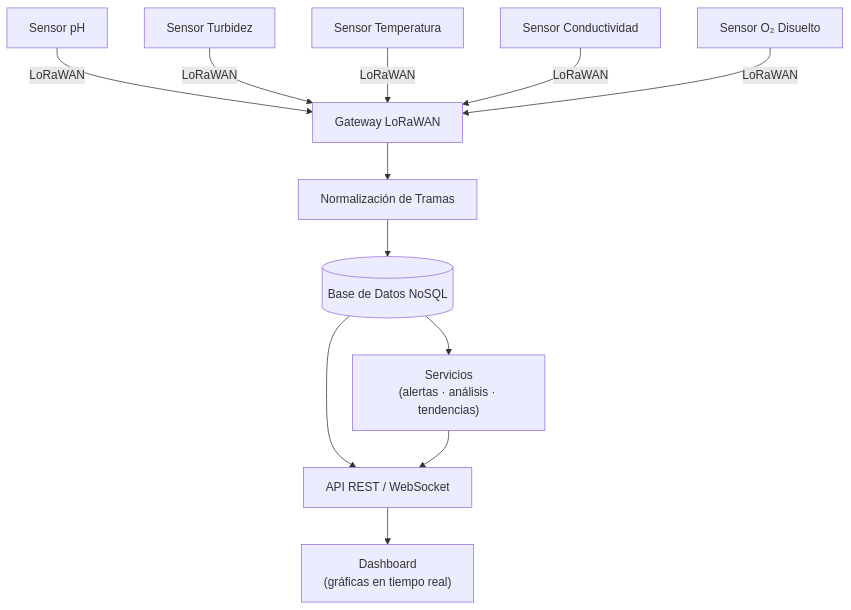
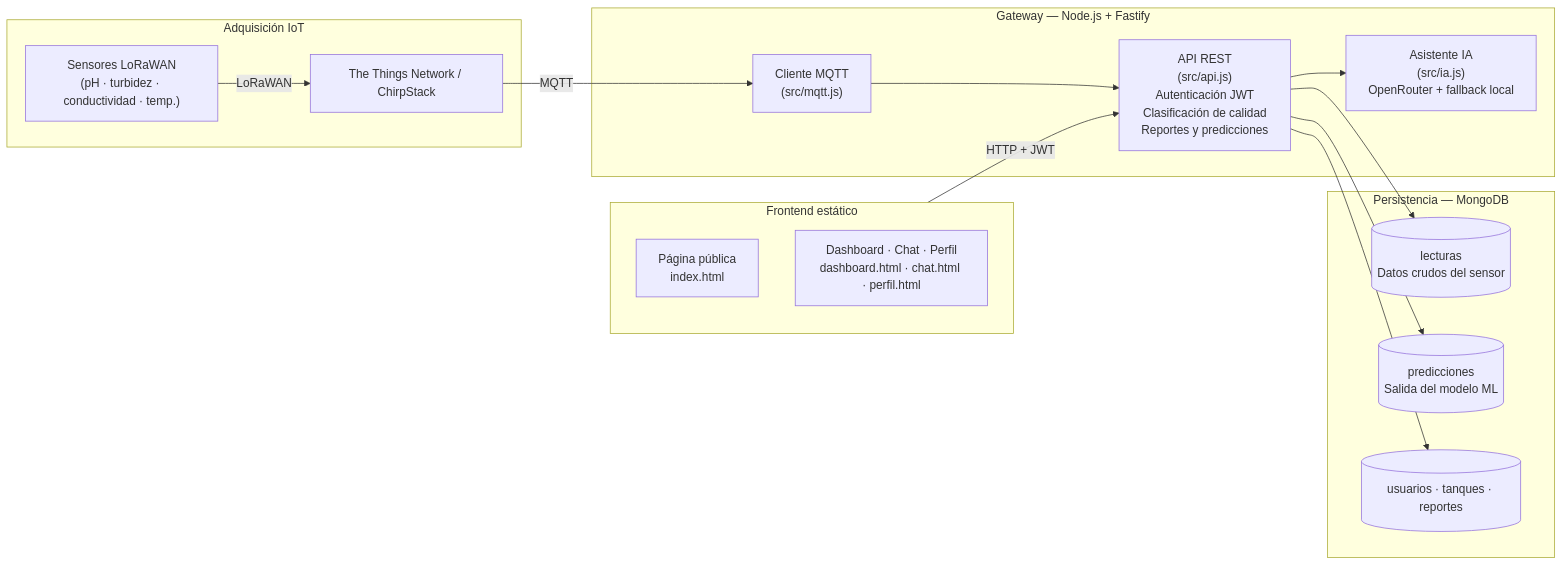
One commit to FreyderPD07/waterQualitySensors changed the diagram in README.md. Above: the diagram before and after it, drawn with Mermaid. The commit also changed other lines of this file, not shown here.

````diff
--- a/README.md
+++ b/README.md
@@ -143,23 +44,37 @@
 ```mermaid
-flowchart TD
-    S1["Sensor pH"]
-    S2["Sensor Turbidez"]
-    S3["Sensor Temperatura"]
-    S4["Sensor Conductividad"]
-    S5["Sensor O₂ Disuelto"]
+flowchart LR
+    subgraph SENSORES["Adquisición IoT"]
+        S1["Sensores LoRaWAN\n(pH · turbidez · conductividad · temp.)"]
+        TTN["The Things Network / ChirpStack"]
+    end
 
-    GW["Gateway LoRaWAN"]
-    NORM["Normalización de Tramas"]
-    DB[("Base de Datos NoSQL")]
-    SVC["Servicios\n(alertas · análisis · tendencias)"]
-    API["API REST / WebSocket"]
-    DASH["Dashboard\n(gráficas en tiempo real)"]
+    subgraph GATEWAY["Gateway — Node.js + Fastify"]
+        MQTT["Cliente MQTT\n(src/mqtt.js)"]
+        API["API REST\n(src/api.js)
+        Autenticación JWT
+        Clasificación de calidad
+        Reportes y predicciones"]
+        IA["Asistente IA\n(src/ia.js)
+        OpenRouter + fallback local"]
+    end
 
-    S1 & S2 & S3 & S4 & S5 -->|LoRaWAN| GW
-    GW --> NORM
-    NORM --> DB
-    DB --> SVC
-    DB --> API
-    SVC --> API
-    API --> DASH
+    subgraph DATOS["Persistencia — MongoDB"]
+        LEC[("lecturas\nDatos crudos del sensor")]
+        PRED[("predicciones\nSalida del modelo ML")]
+        USR[("usuarios · tanques · reportes")]
+    end
+
+    subgraph CLIENTE["Frontend estático"]
+        PUB["Página pública\nindex.html"]
+        APP["Dashboard · Chat · Perfil\ndashboard.html · chat.html · perfil.html"]
+    end
+
+    S1 -->|LoRaWAN| TTN
+    TTN -->|MQTT| MQTT
+    MQTT --> API
+    API --> LEC
+    API --> PRED
+    API --> USR
+    API --> IA
+    CLIENTE -->|HTTP + JWT| API
 ```
````
